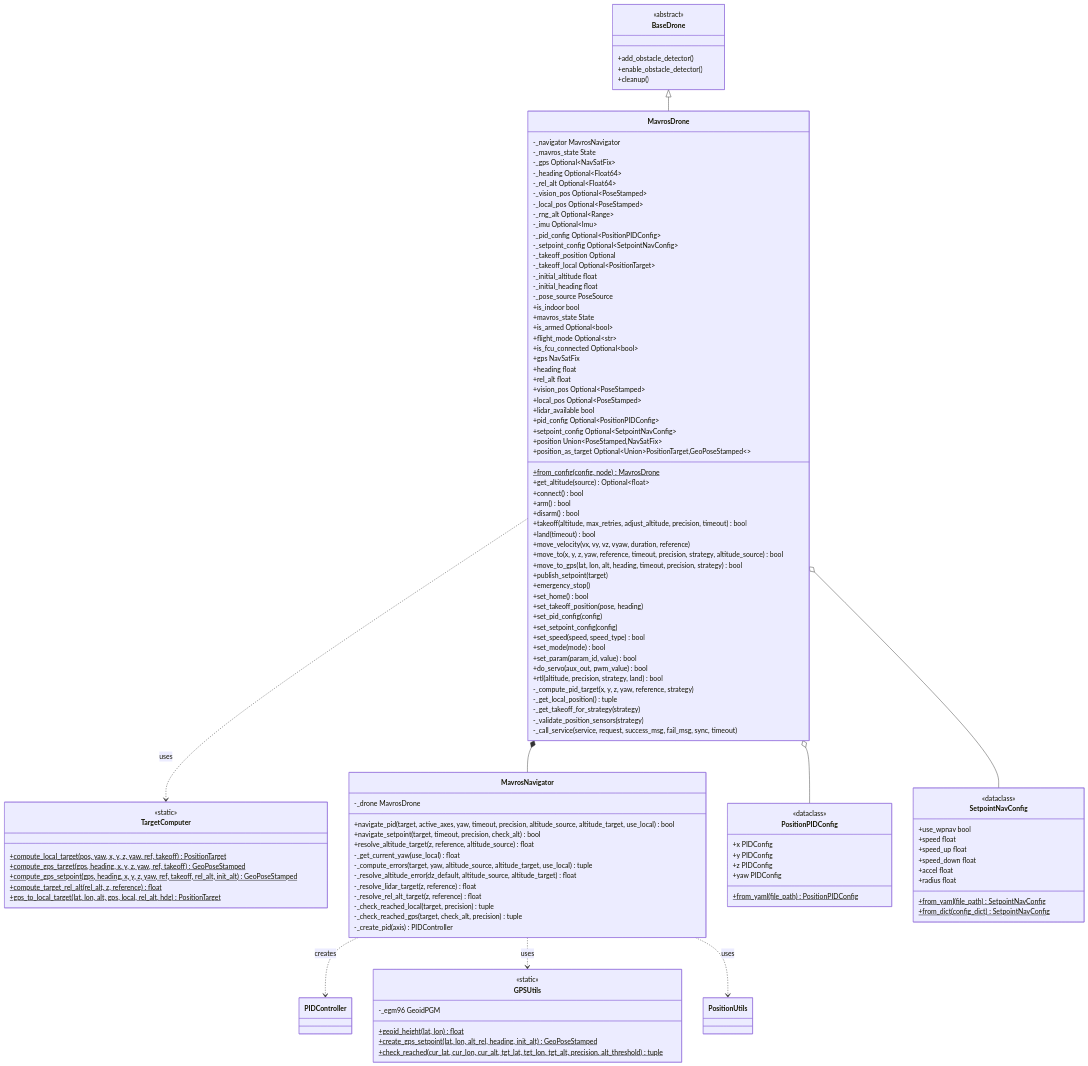
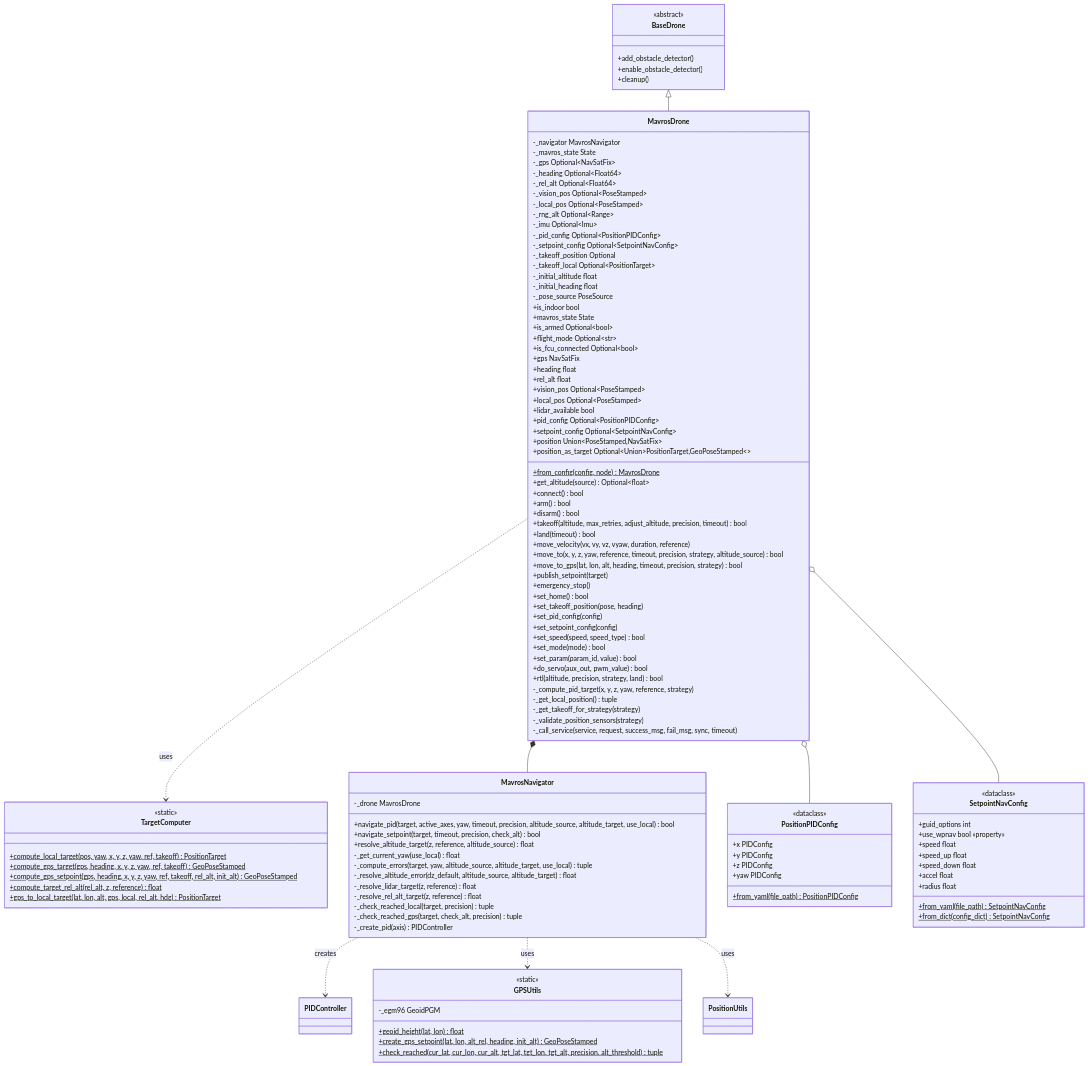
The first of 3 diagrams in nectar/nectar/control/mavros/README.md (Black-Bee-Drones/nectar-sdk), drawn with Mermaid before and after one commit. The commit also changed other lines of this file and 2 other files, not shown here.

Commit message:
refactor: guid_options param, cached wpnav_radious and type

```diff
--- a/nectar/nectar/control/mavros/README.md
+++ b/nectar/nectar/control/mavros/README.md
@@ -167,7 +167,8 @@
 
     class SetpointNavConfig {
         <<dataclass>>
-        +use_wpnav bool
+        +guid_options int
+        +use_wpnav bool «property»
         +speed float
         +speed_up float
         +speed_down float
```
